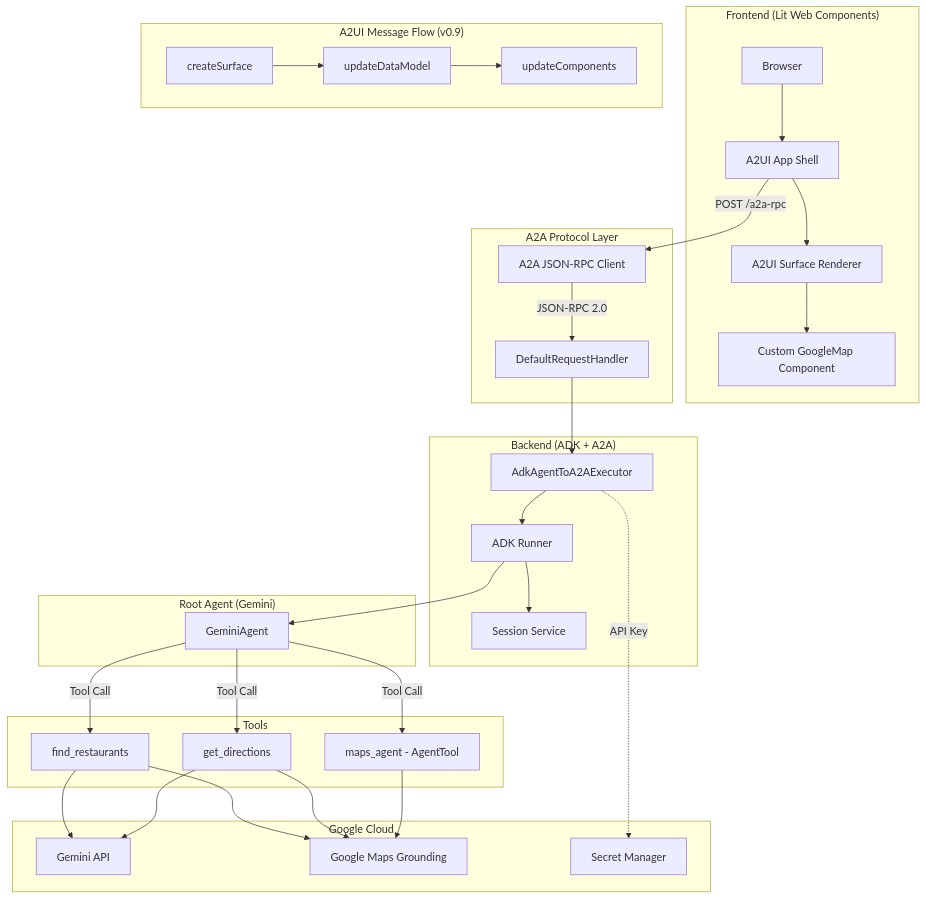
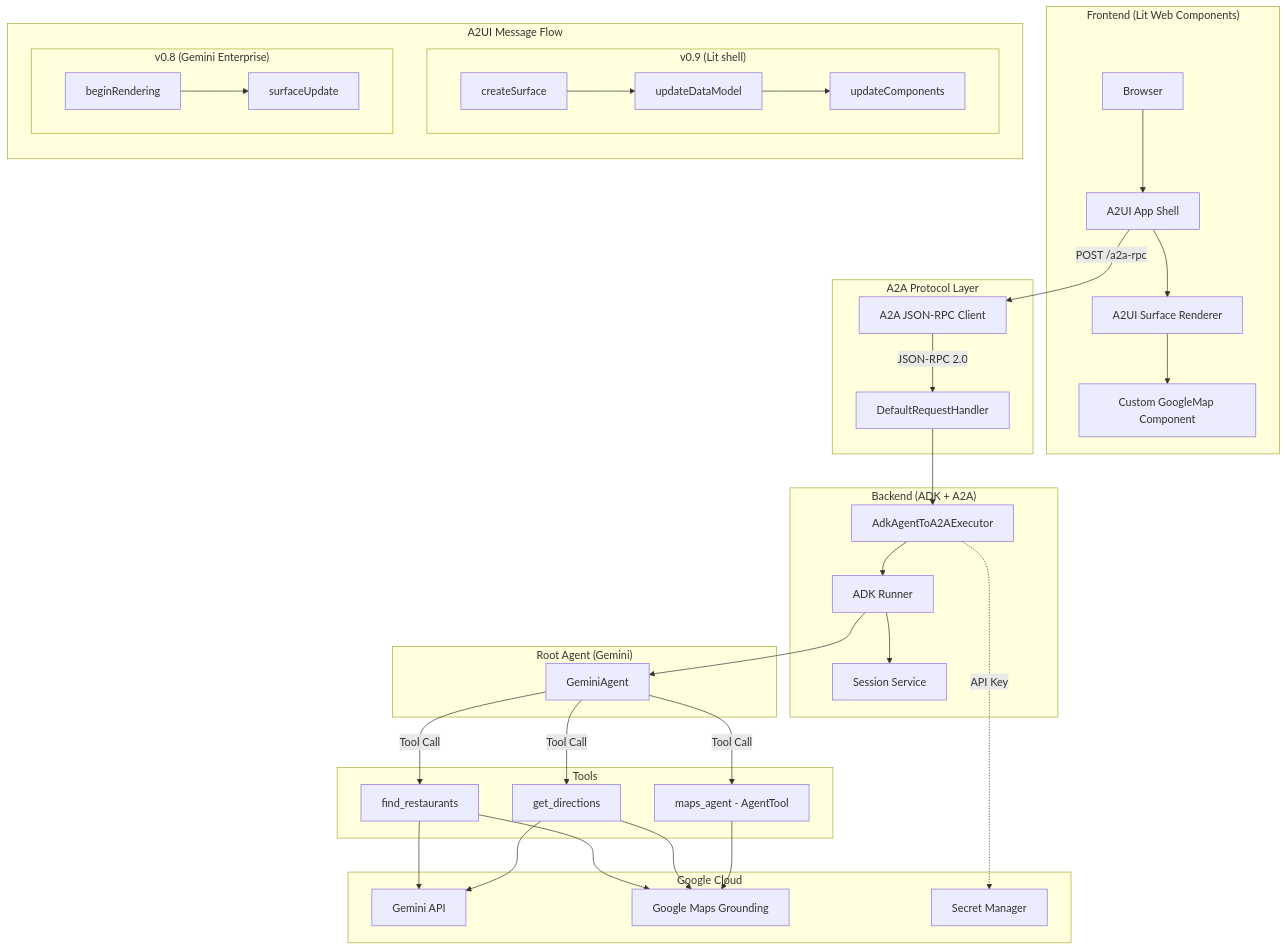
Before and after one commit to wadave/agent-a2ui-demo: the second of 3 diagrams in README.md, drawn with Mermaid. The commit also changed other lines of this file and 10 other files, not shown here.

````diff
--- a/README.md
+++ b/README.md
@@ -32,60 +32,67 @@
 ```mermaid
 graph TB
     subgraph "Frontend (Lit Web Components)"
         Browser[Browser]
         AppShell[A2UI App Shell]
         Surface[A2UI Surface Renderer]
         CustomComp[Custom GoogleMap Component]
         Browser --> AppShell
         AppShell --> Surface
         Surface --> CustomComp
     end
 
     subgraph "A2A Protocol Layer"
         Client[A2A JSON-RPC Client]
         Handler[DefaultRequestHandler]
         AppShell -->|"POST /a2a-rpc"| Client
         Client -->|"JSON-RPC 2.0"| Handler
     end
 
     subgraph "Backend (ADK + A2A)"
         Executor[AdkAgentToA2AExecutor]
         Runner[ADK Runner]
         Session[Session Service]
         Handler --> Executor
         Executor --> Runner
         Runner --> Session
     end
 
     subgraph "Root Agent (Gemini)"
         Agent[GeminiAgent]
         Runner --> Agent
     end
 
     subgraph "Tools"
         FindRest[find_restaurants]
         GetDir[get_directions]
         MapsAgent[maps_agent - AgentTool]
         Agent -->|"Tool Call"| FindRest
         Agent -->|"Tool Call"| GetDir
         Agent -->|"Tool Call"| MapsAgent
     end
 
     subgraph "Google Cloud"
         GeminiAPI[Gemini API]
         MapsGround[Google Maps Grounding]
         SecretMgr[Secret Manager]
         FindRest --> GeminiAPI
         FindRest --> MapsGround
         GetDir --> GeminiAPI
         GetDir --> MapsGround
         MapsAgent --> MapsGround
         Executor -.->|"API Key"| SecretMgr
     end
 
-    subgraph "A2UI Message Flow (v0.9)"
-        direction LR
-        CS[createSurface] --> UDM[updateDataModel]
-        UDM --> UC[updateComponents]
+    subgraph "A2UI Message Flow"
+        direction TB
+        subgraph V09["v0.9 (Lit shell)"]
+            direction LR
+            CS[createSurface] --> UDM[updateDataModel]
+            UDM --> UC[updateComponents]
+        end
+        subgraph V08["v0.8 (Gemini Enterprise)"]
+            direction LR
+            BR[beginRendering] --> SU[surfaceUpdate]
+        end
     end
 ```
````
